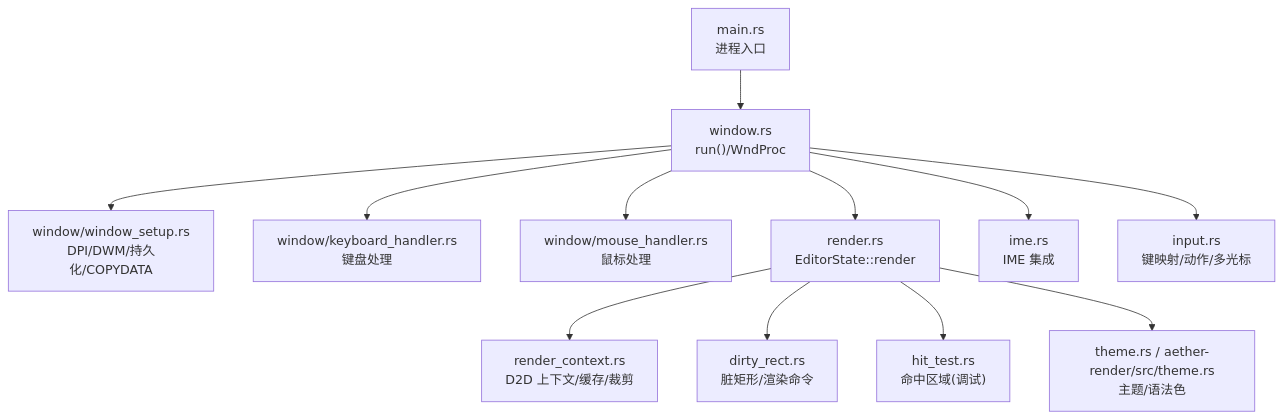
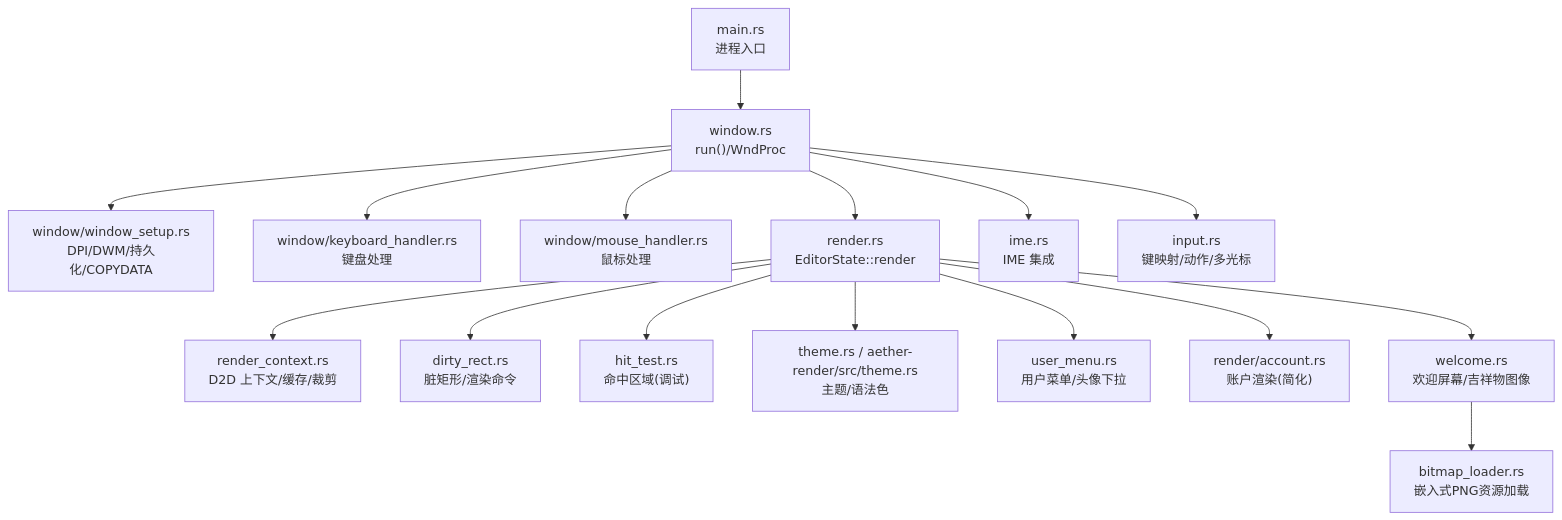
One commit to songdiyang/AetherStudio changed the first of 9 diagrams in .qoder/repowiki/zh/content/UI 系统/UI 系统.md. Above: the diagram before and after it, drawn with Mermaid. The commit also changed other lines of this file and 5 other files, not shown here.

````diff
--- a/.qoder/repowiki/zh/content/UI 系统/UI 系统.md
+++ b/.qoder/repowiki/zh/content/UI 系统/UI 系统.md
@@ -65,14 +72,18 @@
 ```mermaid
 graph TB
 A["main.rs<br/>进程入口"] --> B["window.rs<br/>run()/WndProc"]
 B --> C["window/window_setup.rs<br/>DPI/DWM/持久化/COPYDATA"]
 B --> D["window/keyboard_handler.rs<br/>键盘处理"]
 B --> E["window/mouse_handler.rs<br/>鼠标处理"]
 B --> F["render.rs<br/>EditorState::render"]
 F --> G["render_context.rs<br/>D2D 上下文/缓存/裁剪"]
 F --> H["dirty_rect.rs<br/>脏矩形/渲染命令"]
 F --> I["hit_test.rs<br/>命中区域(调试)"]
 B --> J["ime.rs<br/>IME 集成"]
 B --> K["input.rs<br/>键映射/动作/多光标"]
 F --> L["theme.rs / aether-render/src/theme.rs<br/>主题/语法色"]
+F --> M["user_menu.rs<br/>用户菜单/头像下拉"]
+F --> N["render/account.rs<br/>账户渲染(简化)"]
+F --> O["welcome.rs<br/>欢迎屏幕/吉祥物图像"]
+O --> P["bitmap_loader.rs<br/>嵌入式PNG资源加载"]
 ```
````
